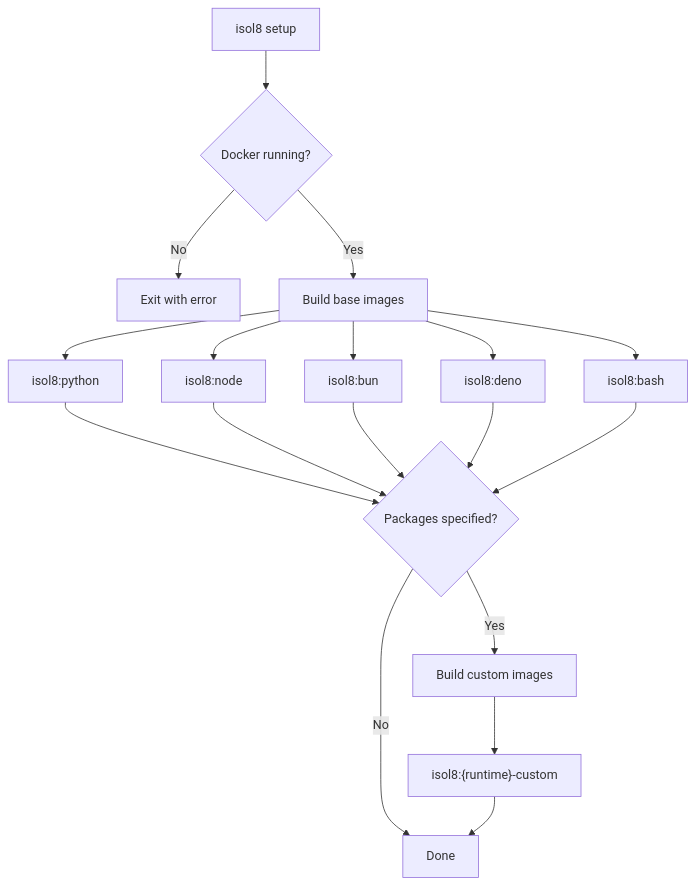
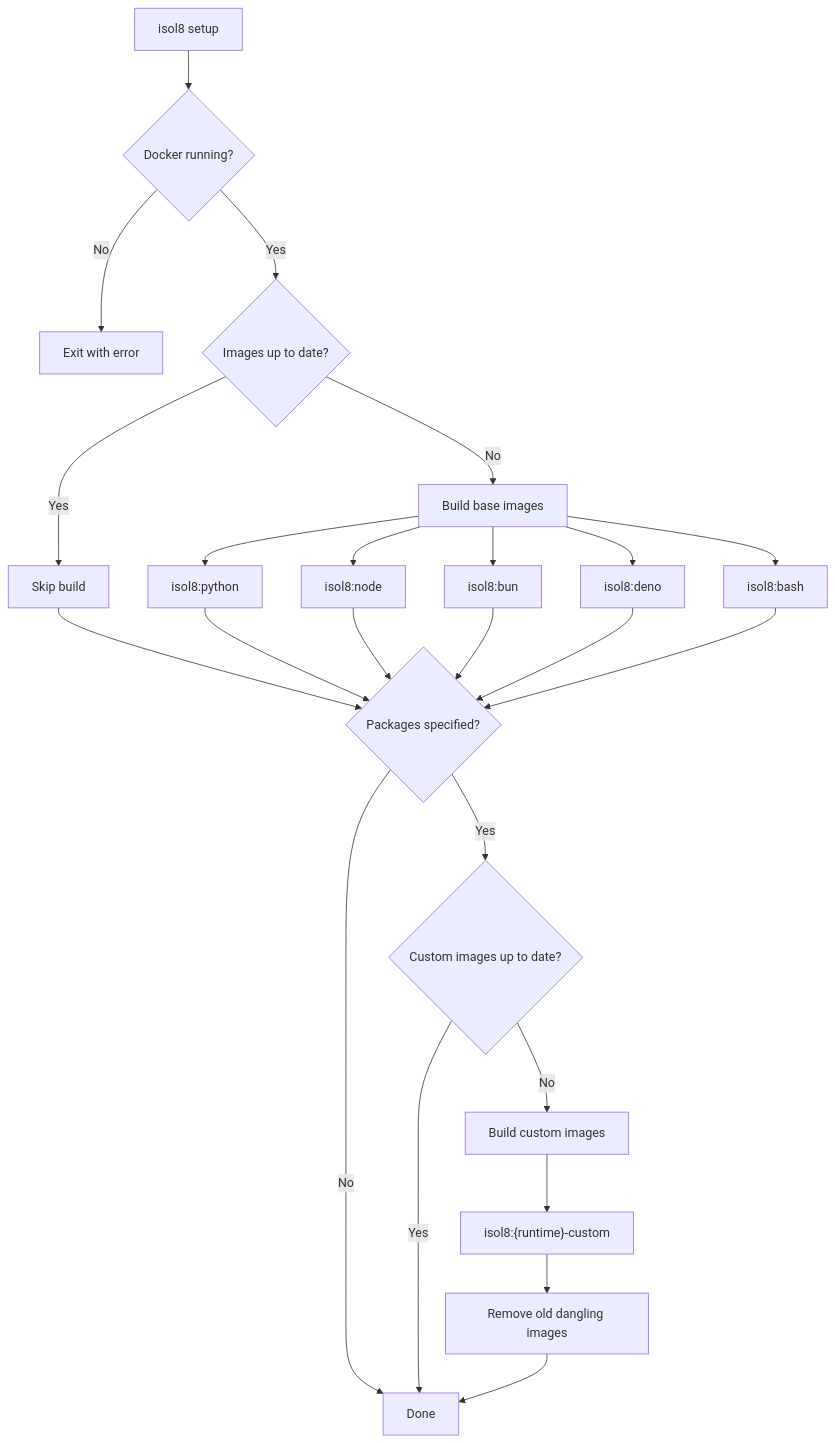
The diagram in docs/cli/setup.mdx (Illusion47586/isol8), drawn with Mermaid before and after one commit. The commit also changed other lines of this file and 18 other files, not shown here.

````diff
--- a/docs/cli/setup.mdx
+++ b/docs/cli/setup.mdx
@@ -16,16 +16,21 @@
 ```mermaid
 flowchart TD
     A[isol8 setup] --> B{Docker running?}
     B -->|No| C[Exit with error]
-    B -->|Yes| D[Build base images]
-    D --> D1[isol8:python]
-    D --> D2[isol8:node]
-    D --> D3[isol8:bun]
-    D --> D4[isol8:deno]
-    D --> D5[isol8:bash]
-    D1 & D2 & D3 & D4 & D5 --> E{Packages specified?}
-    E -->|No| F[Done]
-    E -->|Yes| G[Build custom images]
-    G --> H["isol8:{runtime}-custom"]
-    H --> F
+    B -->|Yes| D{Images up to date?}
+    D -->|Yes| E[Skip build]
+    D -->|No| F[Build base images]
+    F --> F1[isol8:python]
+    F --> F2[isol8:node]
+    F --> F3[isol8:bun]
+    F --> F4[isol8:deno]
+    F --> F5[isol8:bash]
+    E & F1 & F2 & F3 & F4 & F5 --> G{Packages specified?}
+    G -->|No| H[Done]
+    G -->|Yes| I{Custom images up to date?}
+    I -->|Yes| H
+    I -->|No| J[Build custom images]
+    J --> K["isol8:{runtime}-custom"]
+    K --> L[Remove old dangling images]
+    L --> H
 ```
````
